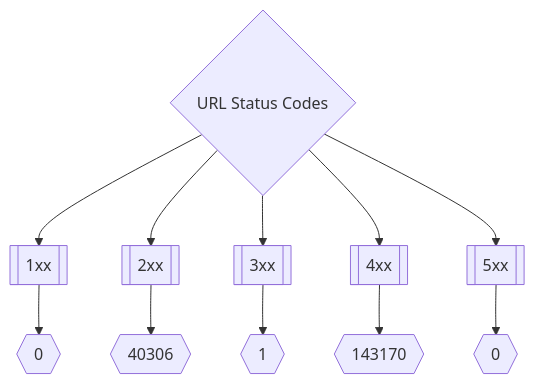
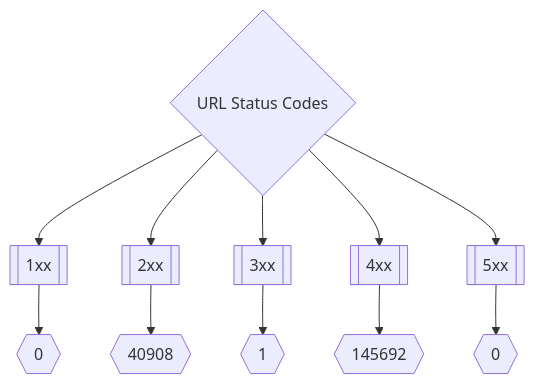
The second of 3 diagrams in README.md (trickest/inventory), drawn with Mermaid before and after one commit. The commit also changed other lines of this file and 144 other files, not shown here.

````diff
--- a/README.md
+++ b/README.md
@@ -173,8 +173,8 @@
 ```mermaid
 graph TD
 title{URL Status Codes} --> 1xx[[1xx]] --> status1xxNum{{0}}
-title --> 2xx[[2xx]] --> status2xxNum{{40306}}
+title --> 2xx[[2xx]] --> status2xxNum{{40908}}
 title --> 3xx[[3xx]] --> status3xxNum{{1}}
-title --> 4xx[[4xx]] --> status4xxNum{{143170}}
+title --> 4xx[[4xx]] --> status4xxNum{{145692}}
 title --> 5xx[[5xx]] --> status5xxNum{{0}}
 ```
````
